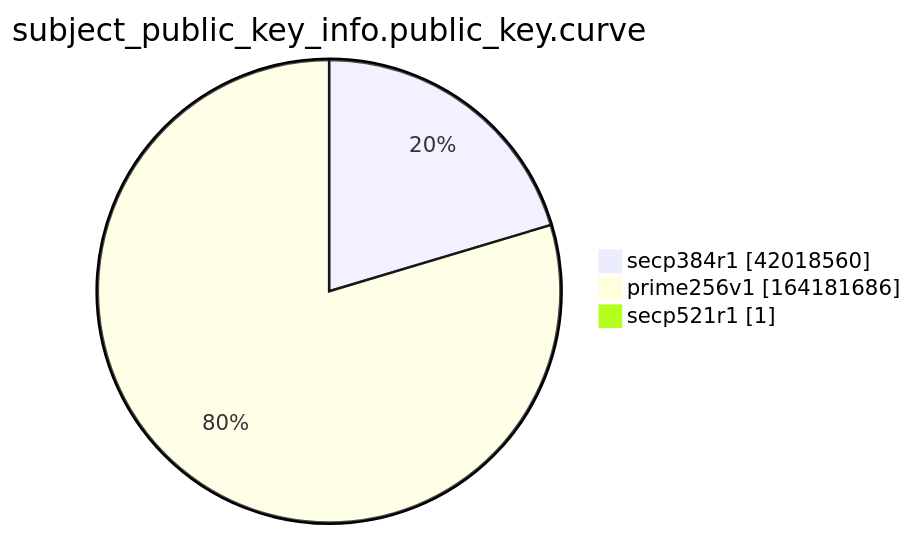
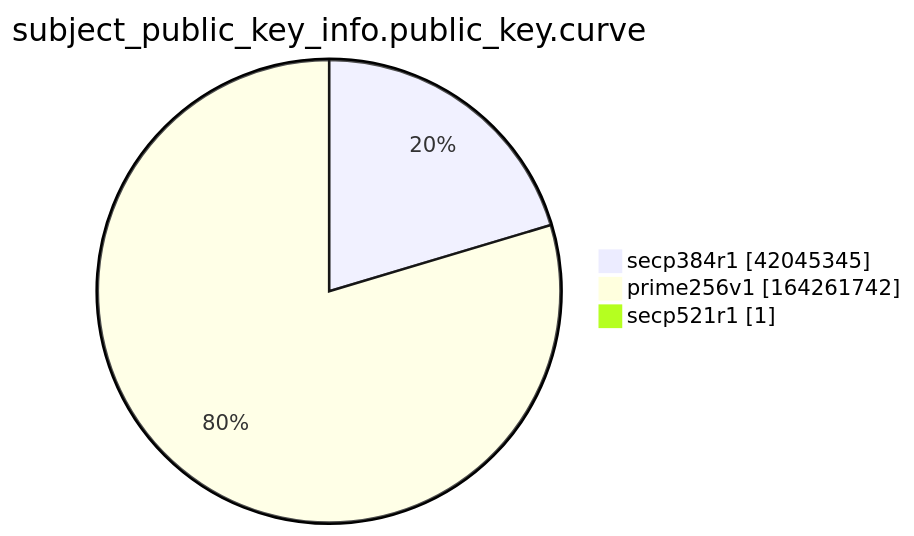
The ninth of 15 diagrams in xenon2022/README.md (christiankrug/ctmonitor_visualization), drawn with Mermaid before and after one commit. The commit also changed other lines of this file, not shown here.

````diff
--- a/xenon2022/README.md
+++ b/xenon2022/README.md
@@ -2869,7 +2869,7 @@
 ```mermaid
 pie showData
 title subject_public_key_info.public_key.curve
-"secp384r1" :42018560
-"prime256v1" :164181686
+"secp384r1" :42045345
+"prime256v1" :164261742
 "secp521r1" :1
 ```
````
